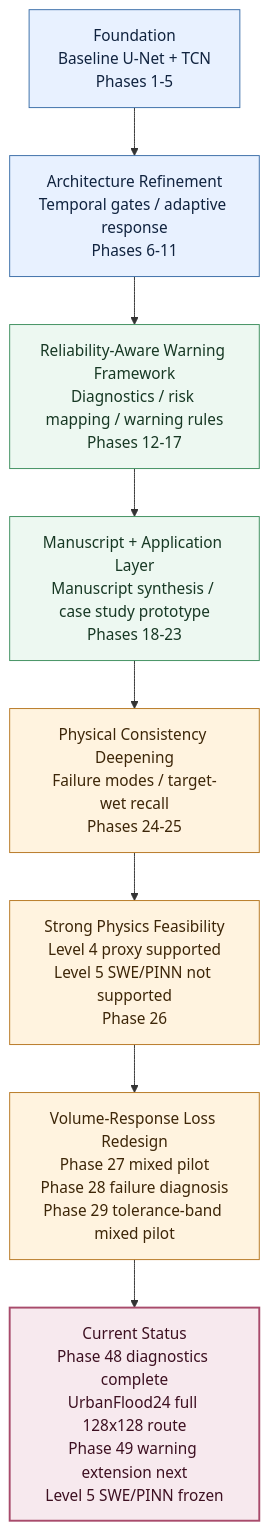
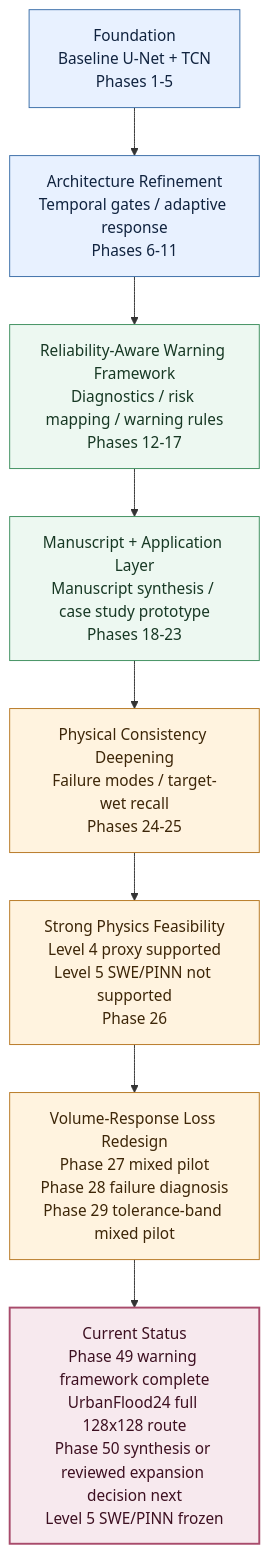
The second of 3 diagrams in README.md (HolyLin990604/physics-guided-urban-flood-prediction), drawn with Mermaid before and after one commit. The commit also changed other lines of this file and 2 other files, not shown here.

Commit message:
docs: sync phase49 warning framework status

````diff
--- a/README.md
+++ b/README.md
@@ -28,18 +28,18 @@
 ```mermaid
 flowchart TB
     A["Foundation<br/>Baseline U-Net + TCN<br/>Phases 1-5"]:::foundation
     B["Architecture Refinement<br/>Temporal gates / adaptive response<br/>Phases 6-11"]:::foundation
     C["Reliability-Aware Warning Framework<br/>Diagnostics / risk mapping / warning rules<br/>Phases 12-17"]:::reliability
     D["Manuscript + Application Layer<br/>Manuscript synthesis / case study prototype<br/>Phases 18-23"]:::reliability
     E["Physical Consistency Deepening<br/>Failure modes / target-wet recall<br/>Phases 24-25"]:::physics
     F["Strong Physics Feasibility<br/>Level 4 proxy supported<br/>Level 5 SWE/PINN not supported<br/>Phase 26"]:::physics
     G["Volume-Response Loss Redesign<br/>Phase 27 mixed pilot<br/>Phase 28 failure diagnosis<br/>Phase 29 tolerance-band mixed pilot"]:::physics
-    H["Current Status<br/>Phase 48 diagnostics complete<br/>UrbanFlood24 full 128x128 route<br/>Phase 49 warning extension next<br/>Level 5 SWE/PINN frozen"]:::current
+    H["Current Status<br/>Phase 49 warning framework complete<br/>UrbanFlood24 full 128x128 route<br/>Phase 50 synthesis or reviewed expansion decision next<br/>Level 5 SWE/PINN frozen"]:::current
 
     A --> B --> C --> D --> E --> F --> G --> H
 
     classDef foundation fill:#e8f1ff,stroke:#3b6ea8,stroke-width:1px,color:#10233f
     classDef reliability fill:#edf8f1,stroke:#3f8f5f,stroke-width:1px,color:#173824
     classDef physics fill:#fff3df,stroke:#b77722,stroke-width:1px,color:#3d2608
     classDef current fill:#f7e9ee,stroke:#a84b6b,stroke-width:2px,color:#3d1021
 ```
````
